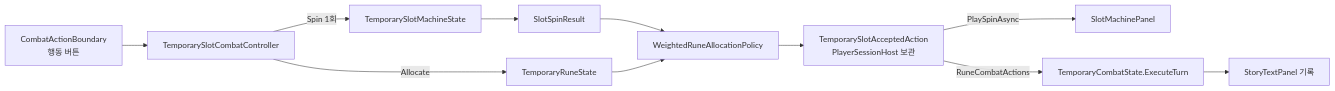
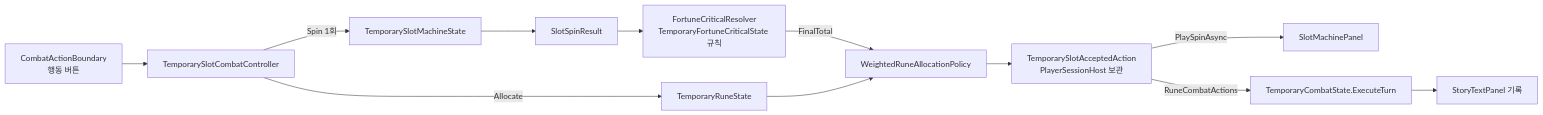
One commit to HomebodyDevil/TXT_RPG changed the diagram in DOCS/architecture/slot-machine-and-runes.md. Above: the diagram before and after it, drawn with Mermaid. The commit also changed other lines of this file and 44 other files, not shown here.

First line of the commit message:
feat: add slot machine Fortune Critical multipliers

````diff
--- a/DOCS/architecture/slot-machine-and-runes.md
+++ b/DOCS/architecture/slot-machine-and-runes.md
@@ -9,13 +9,14 @@
 ```mermaid
 flowchart LR
     Button[CombatActionBoundary<br/>행동 버튼] --> Controller[TemporarySlotCombatController]
     Controller -->|Spin 1회| Slot[TemporarySlotMachineState]
     Controller -->|Allocate| Runes[TemporaryRuneState]
     Slot --> Spin[SlotSpinResult]
-    Spin --> Alloc[WeightedRuneAllocationPolicy]
+    Spin --> Fortune[FortuneCriticalResolver<br/>TemporaryFortuneCriticalState 규칙]
+    Fortune -->|FinalTotal| Alloc[WeightedRuneAllocationPolicy]
     Runes --> Alloc
     Alloc --> Accepted[TemporarySlotAcceptedAction<br/>PlayerSessionHost 보관]
     Accepted -->|PlaySpinAsync| Panel[SlotMachinePanel]
     Accepted -->|RuneCombatActions| Combat[TemporaryCombatState.ExecuteTurn]
     Combat --> Story[StoryTextPanel 기록]
 ```
````
